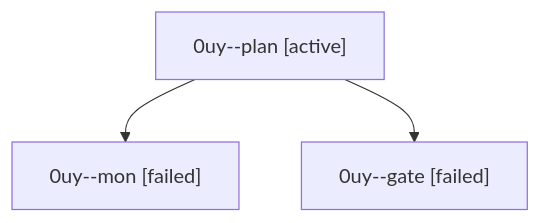
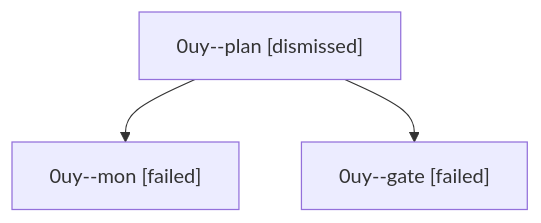
Before and after one commit to bobs-org/bob-cli--agents: the diagram in sessions/bbugyi200.athena.0uy.md, drawn with Mermaid. The commit also changed other lines of this file and 33 other files, not shown here.

````diff
--- a/sessions/bbugyi200.athena.0uy.md
+++ b/sessions/bbugyi200.athena.0uy.md
@@ -9,8 +9,8 @@
 ```mermaid
 flowchart TD
-  n0["0uy--plan [active]"]
+  n0["0uy--plan [dismissed]"]
   n1["0uy--mon [failed]"]
   n0 --> n1
   n2["0uy--gate [failed]"]
   n0 --> n2
 ```
````
